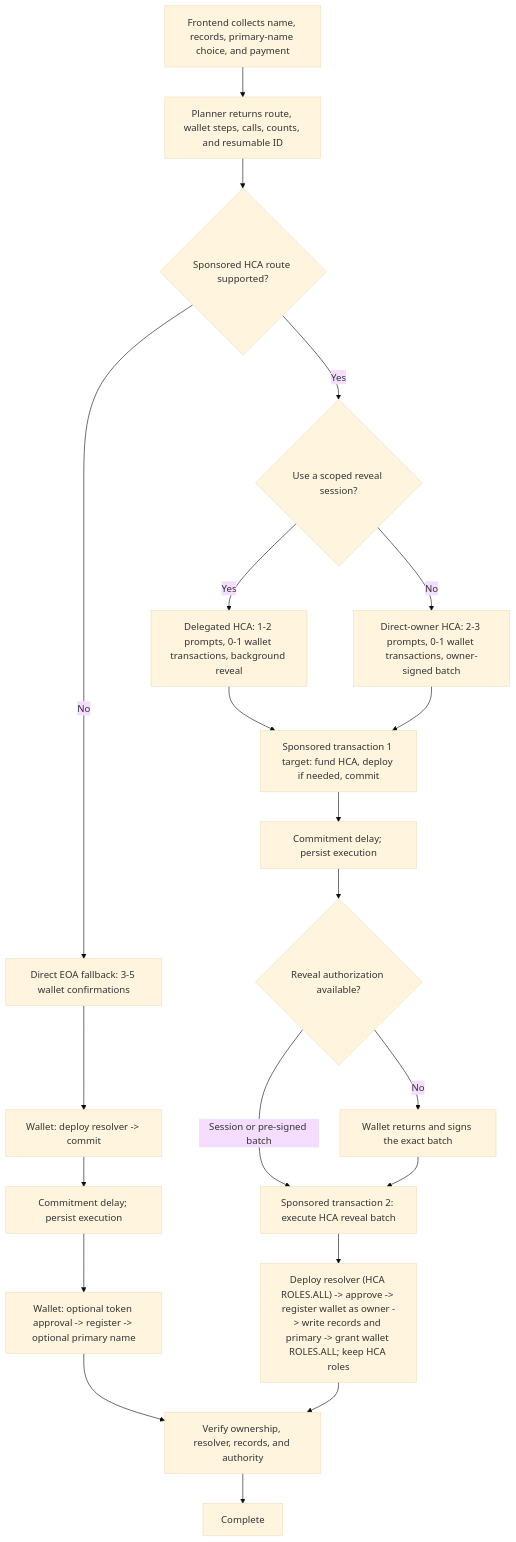
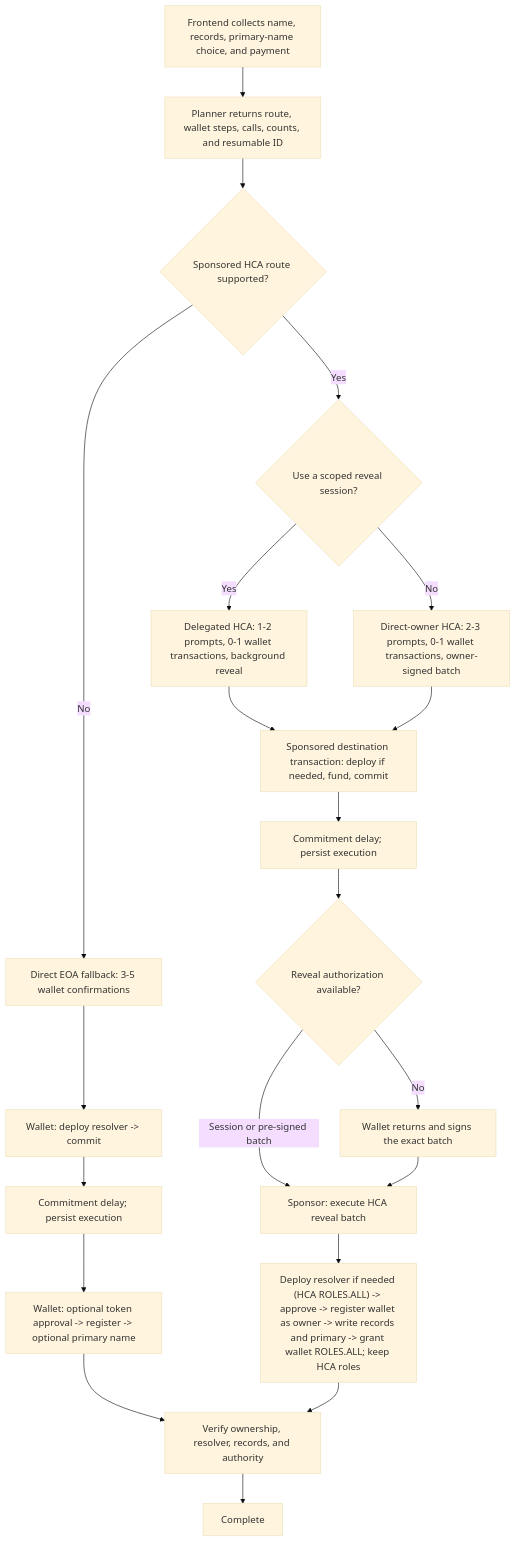
One commit to ensdomains/contracts-v2 changed the diagram in docs/HCA-HANDOFF-FRONTEND.md. Above: the diagram before and after it, drawn with Mermaid (base theme). The commit also changed other lines of this file and 15 other files, not shown here.

````diff
--- a/docs/HCA-HANDOFF-FRONTEND.md
+++ b/docs/HCA-HANDOFF-FRONTEND.md
@@ -56,27 +56,27 @@
 ```mermaid
 flowchart TD
     input["Frontend collects name, records, primary-name choice, and payment"] --> plan["Planner returns route, wallet steps, calls, counts, and resumable ID"]
     plan --> supported{"Sponsored HCA route supported?"}
 
     supported -- No --> eoa["Direct EOA fallback: 3-5 wallet confirmations"]
     eoa --> eoaCommit["Wallet: deploy resolver -> commit"]
     eoaCommit --> eoaWait["Commitment delay; persist execution"]
     eoaWait --> eoaReveal["Wallet: optional token approval -> register -> optional primary name"]
 
     supported -- Yes --> mode{"Use a scoped reveal session?"}
     mode -- Yes --> delegated["Delegated HCA: 1-2 prompts, 0-1 wallet transactions, background reveal"]
     mode -- No --> direct["Direct-owner HCA: 2-3 prompts, 0-1 wallet transactions, owner-signed batch"]
 
-    delegated --> commit["Sponsored transaction 1 target: fund HCA, deploy if needed, commit"]
+    delegated --> commit["Sponsored destination transaction: deploy if needed, fund, commit"]
     direct --> commit
     commit --> wait["Commitment delay; persist execution"]
     wait --> ready{"Reveal authorization available?"}
-    ready -- "Session or pre-signed batch" --> reveal["Sponsored transaction 2: execute HCA reveal batch"]
+    ready -- "Session or pre-signed batch" --> reveal["Sponsor: execute HCA reveal batch"]
     ready -- No --> return["Wallet returns and signs the exact batch"]
     return --> reveal
-    reveal --> batch["Deploy resolver (HCA ROLES.ALL) -> approve -> register wallet as owner -> write records and primary -> grant wallet ROLES.ALL; keep HCA roles"]
+    reveal --> batch["Deploy resolver if needed (HCA ROLES.ALL) -> approve -> register wallet as owner -> write records and primary -> grant wallet ROLES.ALL; keep HCA roles"]
 
     eoaReveal --> verify["Verify ownership, resolver, records, and authority"]
     batch --> verify
     verify --> done["Complete"]
 ```
````
